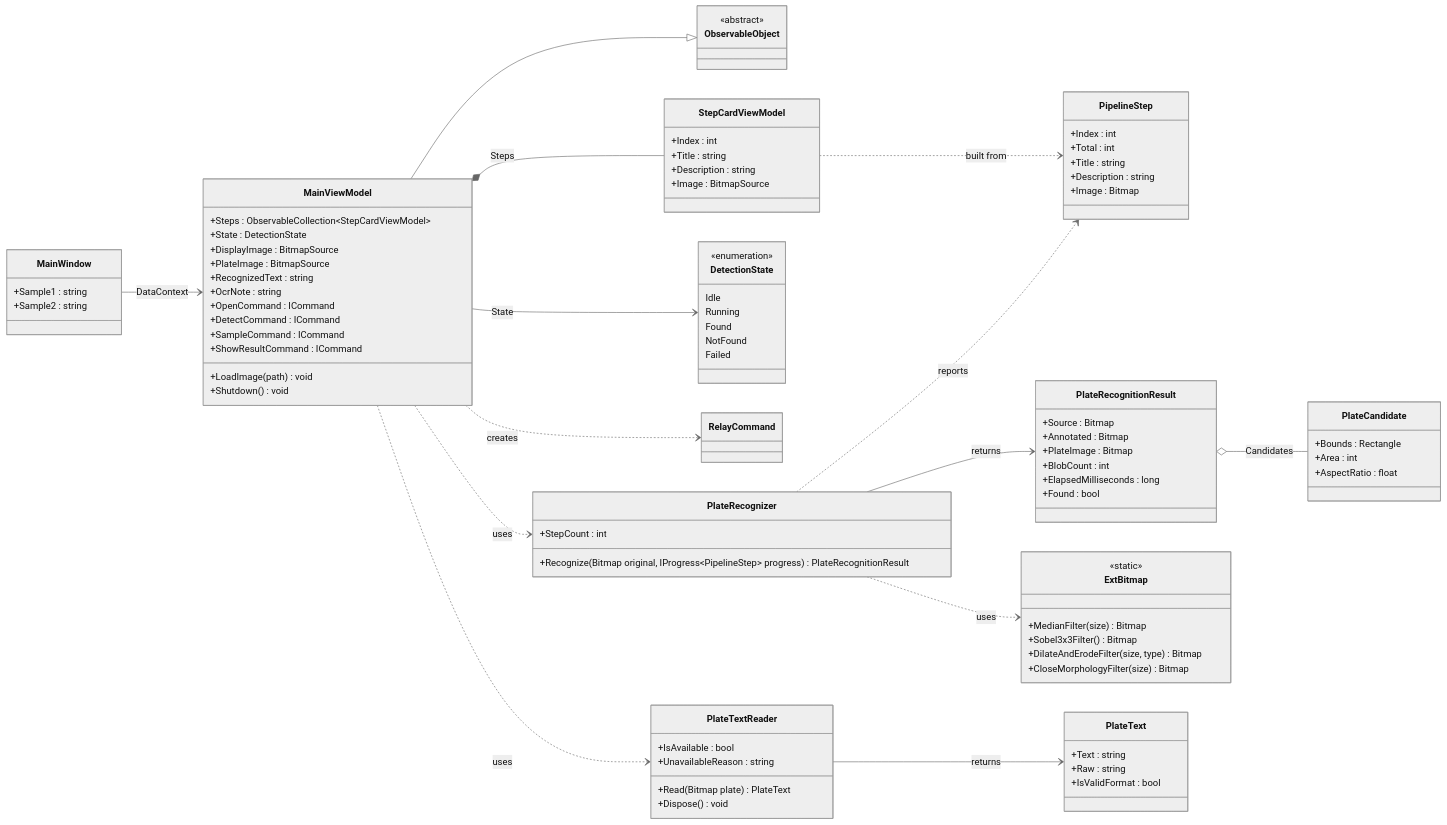
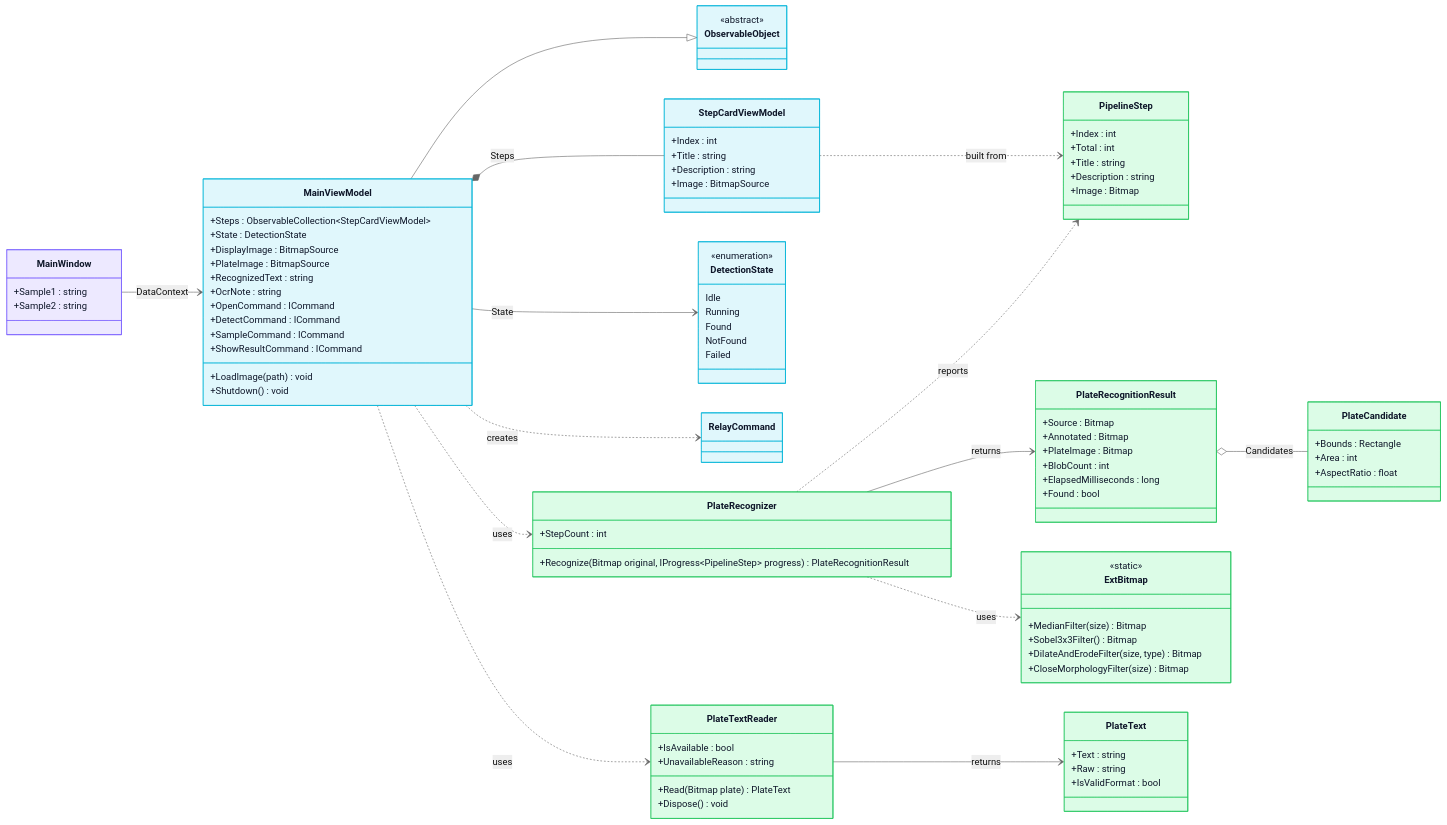
The second of 3 diagrams in README.md (NisanurBulut/LicensePlateRecognitionSystem), drawn with Mermaid (neutral theme) before and after one commit. The commit also changed other lines of this file and 16 other files, not shown here.

````diff
--- a/README.md
+++ b/README.md
@@ -202,4 +232,18 @@
     PlateRecognizer ..> ExtBitmap : uses
     PlateRecognitionResult o-- PlateCandidate : Candidates
     PlateTextReader --> PlateText : returns
+
+    style MainWindow fill:#EDE9FF,stroke:#7B61FF,color:#0F172A
+    style MainViewModel fill:#E0F7FC,stroke:#00B4D8,color:#0F172A
+    style ObservableObject fill:#E0F7FC,stroke:#00B4D8,color:#0F172A
+    style RelayCommand fill:#E0F7FC,stroke:#00B4D8,color:#0F172A
+    style StepCardViewModel fill:#E0F7FC,stroke:#00B4D8,color:#0F172A
+    style DetectionState fill:#E0F7FC,stroke:#00B4D8,color:#0F172A
+    style PlateRecognizer fill:#DCFCE7,stroke:#22C55E,color:#0F172A
+    style PipelineStep fill:#DCFCE7,stroke:#22C55E,color:#0F172A
+    style PlateRecognitionResult fill:#DCFCE7,stroke:#22C55E,color:#0F172A
+    style PlateCandidate fill:#DCFCE7,stroke:#22C55E,color:#0F172A
+    style PlateTextReader fill:#DCFCE7,stroke:#22C55E,color:#0F172A
+    style PlateText fill:#DCFCE7,stroke:#22C55E,color:#0F172A
+    style ExtBitmap fill:#DCFCE7,stroke:#22C55E,color:#0F172A
 ```
````
